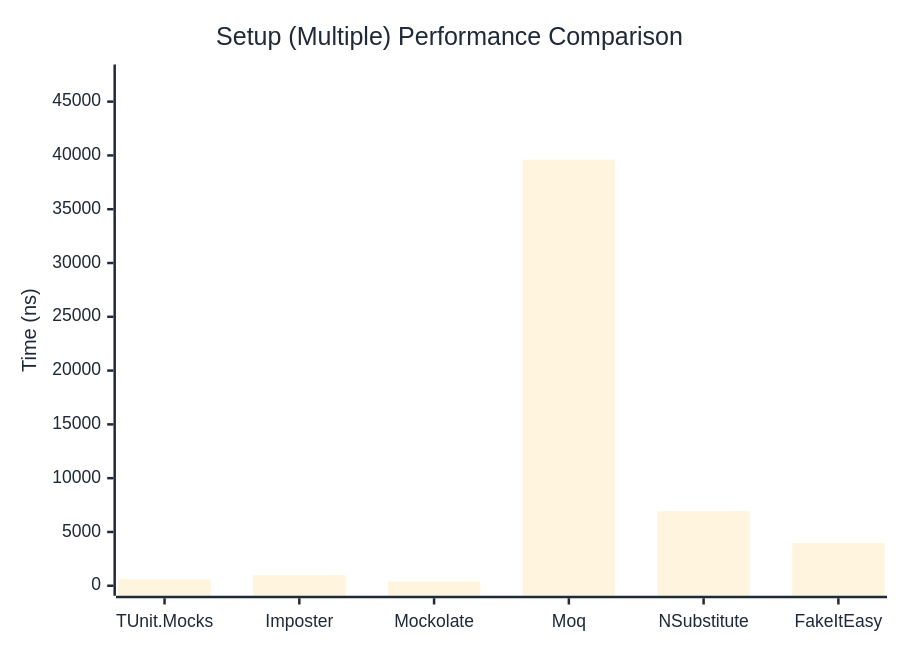
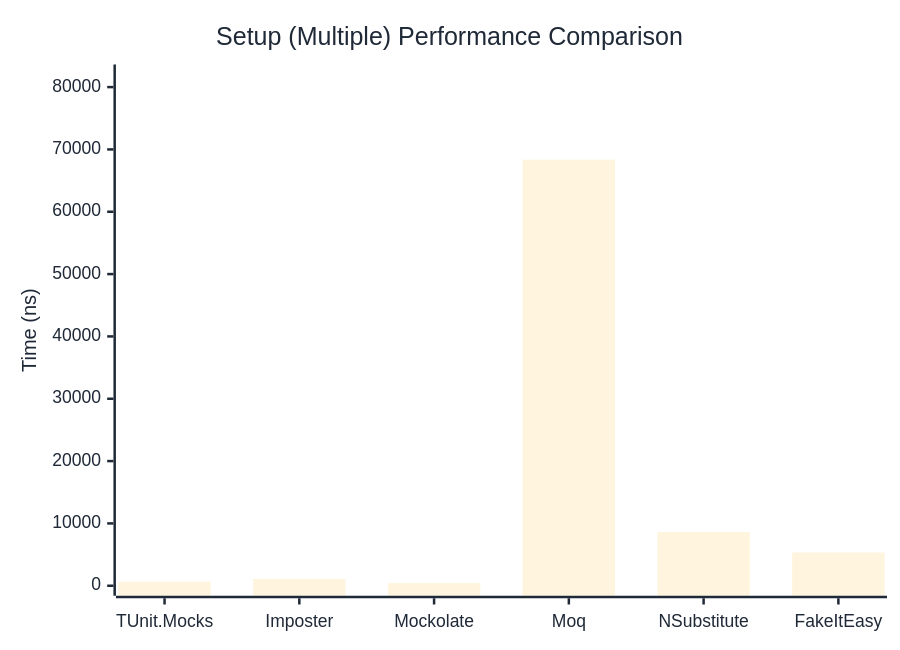
One commit to thomhurst/TUnit changed the second of 2 diagrams in docs/docs/benchmarks/mocks/Setup.md. Above: the diagram before and after it, drawn with Mermaid. The commit also changed other lines of this file and 14 other files, not shown here.

````diff
--- a/docs/docs/benchmarks/mocks/Setup.md
+++ b/docs/docs/benchmarks/mocks/Setup.md
@@ -71,27 +71,27 @@
 ```mermaid
 %%{init: {
   'theme':'base',
   'themeVariables': {
     'primaryColor': '#2563eb',
     'primaryTextColor': '#1f2937',
     'primaryBorderColor': '#1e40af',
     'lineColor': '#6b7280',
     'secondaryColor': '#7c3aed',
     'tertiaryColor': '#dc2626',
     'background': '#ffffff',
     'pie1': '#2563eb',
     'pie2': '#7c3aed',
     'pie3': '#dc2626',
     'pie4': '#f59e0b',
     'pie5': '#10b981',
     'pie6': '#06b6d4',
     'pie7': '#ec4899',
     'pie8': '#6366f1'
   }
 }}%%
 xychart-beta
   title "Setup (Multiple) Performance Comparison"
   x-axis ["TUnit.Mocks", "Imposter", "Mockolate", "Moq", "NSubstitute", "FakeItEasy"]
-  y-axis "Time (ns)" 0 --> 47522
-  bar [606.6, 983, 392.5, 39601.3, 6921.2, 3971.7]
+  y-axis "Time (ns)" 0 --> 82020
+  bar [654, 1091.6, 445.7, 68349.3, 8620.8, 5334.7]
 ```
````
